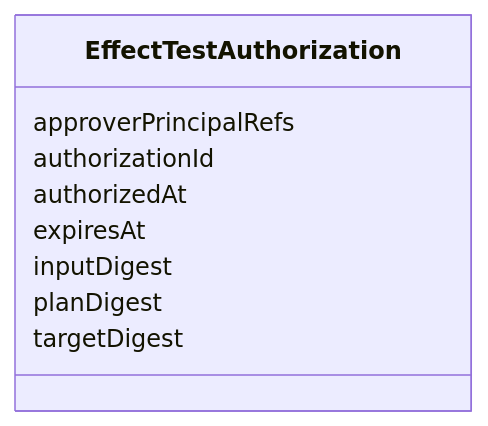
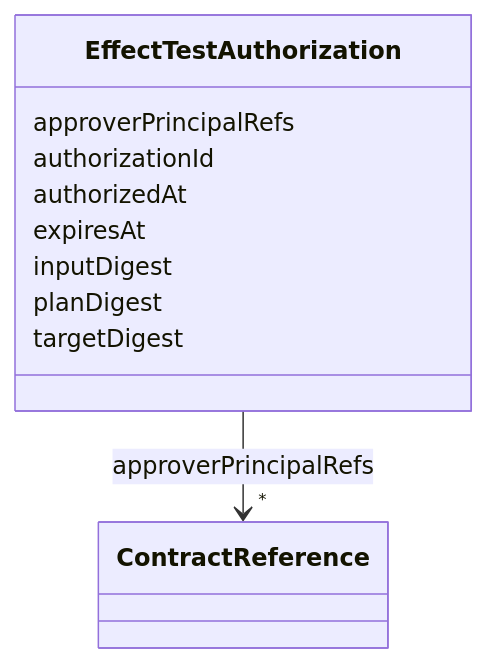
Before and after one commit to open4good/jumo-core: the diagram in metamodel/generated/docs/EffectTestAuthorization.md, drawn with Mermaid. The commit also changed other lines of this file and 33 other files, not shown here.

````diff
--- a/metamodel/generated/docs/EffectTestAuthorization.md
+++ b/metamodel/generated/docs/EffectTestAuthorization.md
@@ -23,20 +23,29 @@
 ```mermaid
  classDiagram
     class EffectTestAuthorization
     click EffectTestAuthorization href "../EffectTestAuthorization/"
       EffectTestAuthorization : approverPrincipalRefs
+
+
+
+
+
+        EffectTestAuthorization --> "*" ContractReference : approverPrincipalRefs
+        click ContractReference href "../ContractReference/"
+
+
 
       EffectTestAuthorization : authorizationId
 
       EffectTestAuthorization : authorizedAt
 
       EffectTestAuthorization : expiresAt
 
       EffectTestAuthorization : inputDigest
 
       EffectTestAuthorization : planDigest
 
       EffectTestAuthorization : targetDigest
 
 
 ```
````
